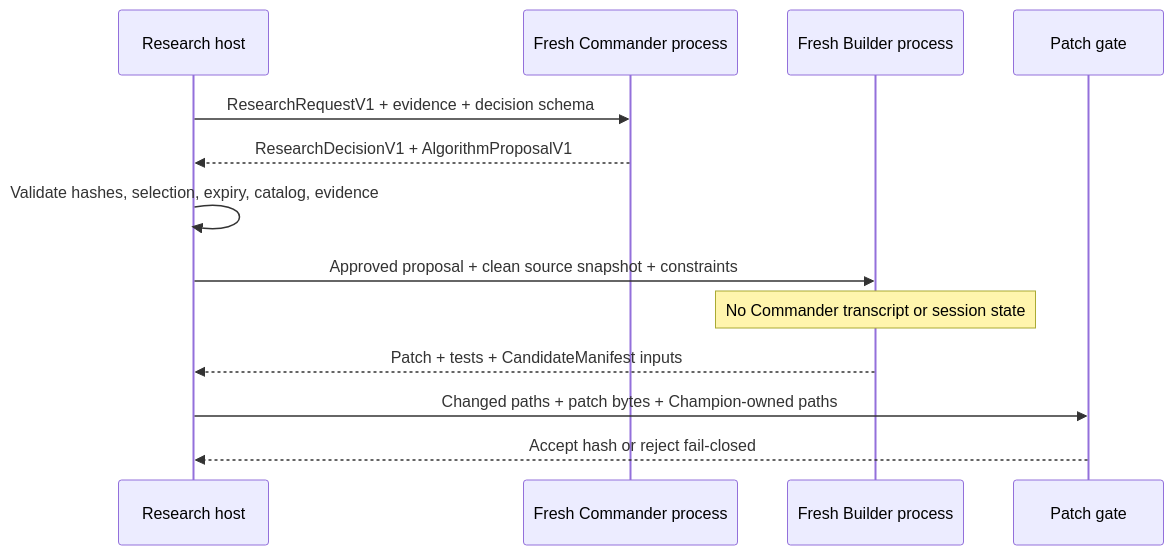
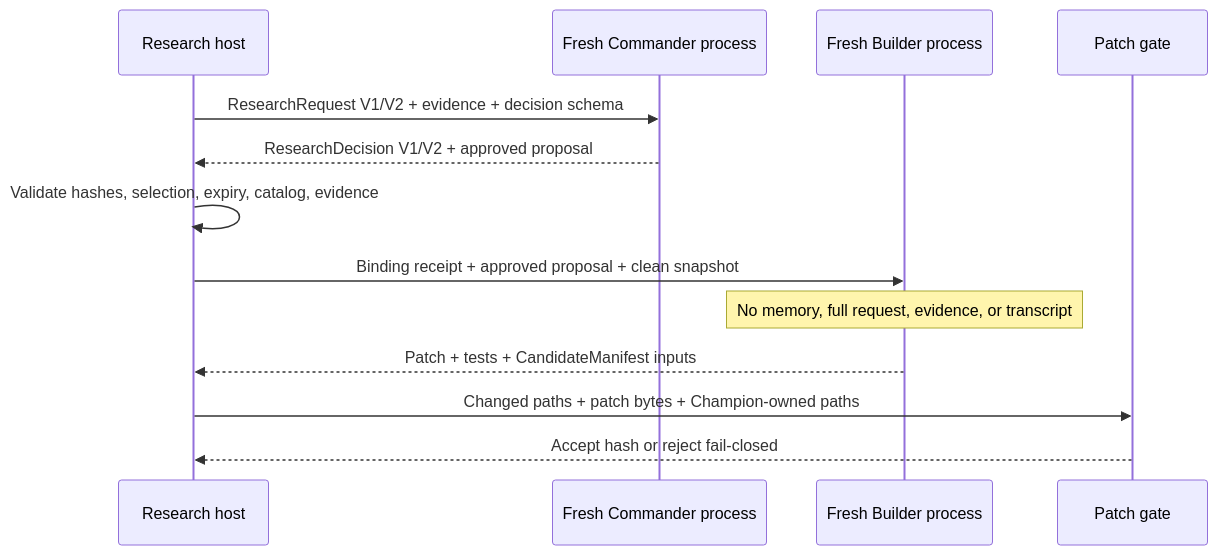
One commit to story7077/adaptive-llm-quant-public changed the diagram in docs/codex-context-isolation.md. Above: the diagram before and after it, drawn with Mermaid. The commit also changed other lines of this file and 39 other files, not shown here.

````diff
--- a/docs/codex-context-isolation.md
+++ b/docs/codex-context-isolation.md
@@ -116,16 +130,16 @@
 ```mermaid
 sequenceDiagram
     participant H as Research host
     participant C as Fresh Commander process
     participant B as Fresh Builder process
     participant G as Patch gate
 
-    H->>C: ResearchRequestV1 + evidence + decision schema
-    C-->>H: ResearchDecisionV1 + AlgorithmProposalV1
+    H->>C: ResearchRequest V1/V2 + evidence + decision schema
+    C-->>H: ResearchDecision V1/V2 + approved proposal
     H->>H: Validate hashes, selection, expiry, catalog, evidence
-    H->>B: Approved proposal + clean source snapshot + constraints
-    Note over B: No Commander transcript or session state
+    H->>B: Binding receipt + approved proposal + clean snapshot
+    Note over B: No memory, full request, evidence, or transcript
     B-->>H: Patch + tests + CandidateManifest inputs
     H->>G: Changed paths + patch bytes + Champion-owned paths
     G-->>H: Accept hash or reject fail-closed
 ```
````
